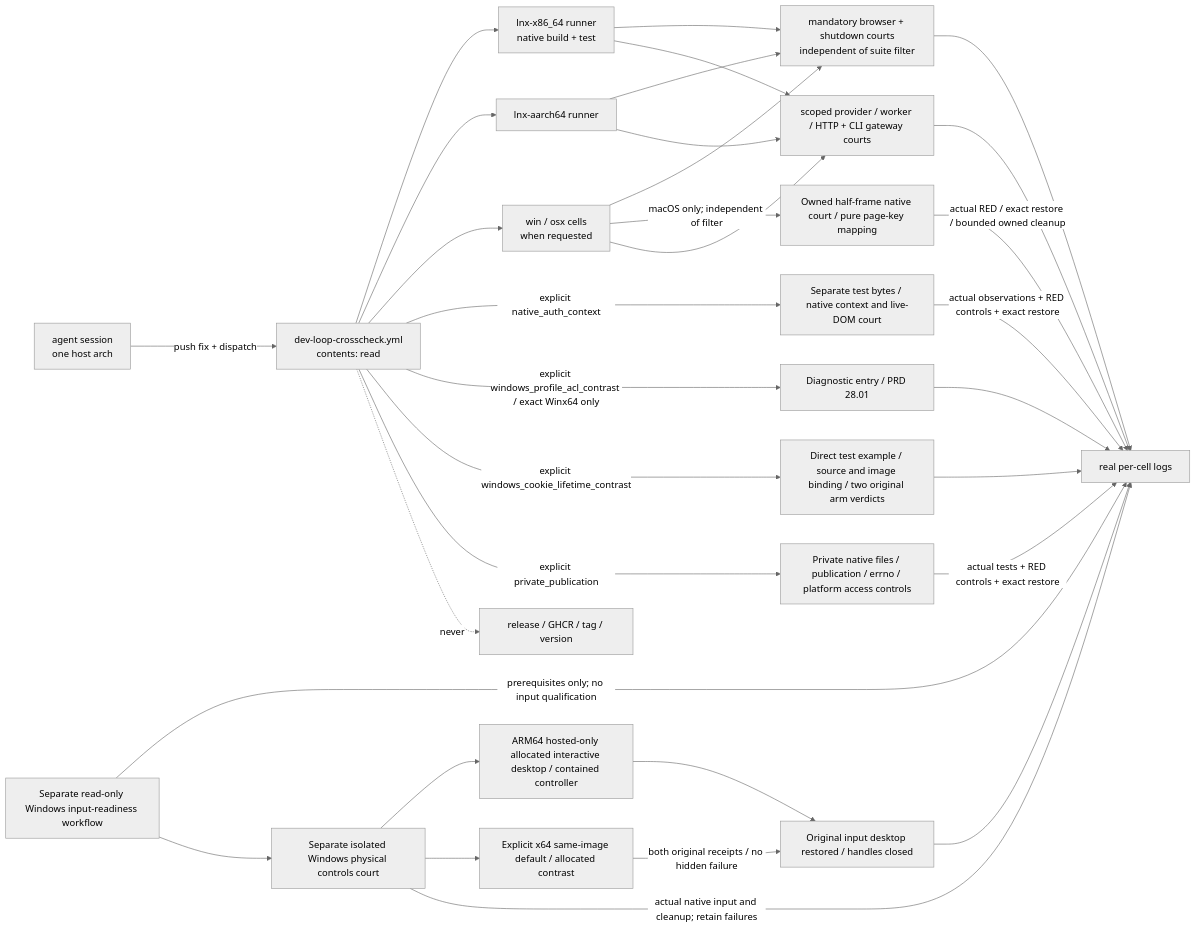
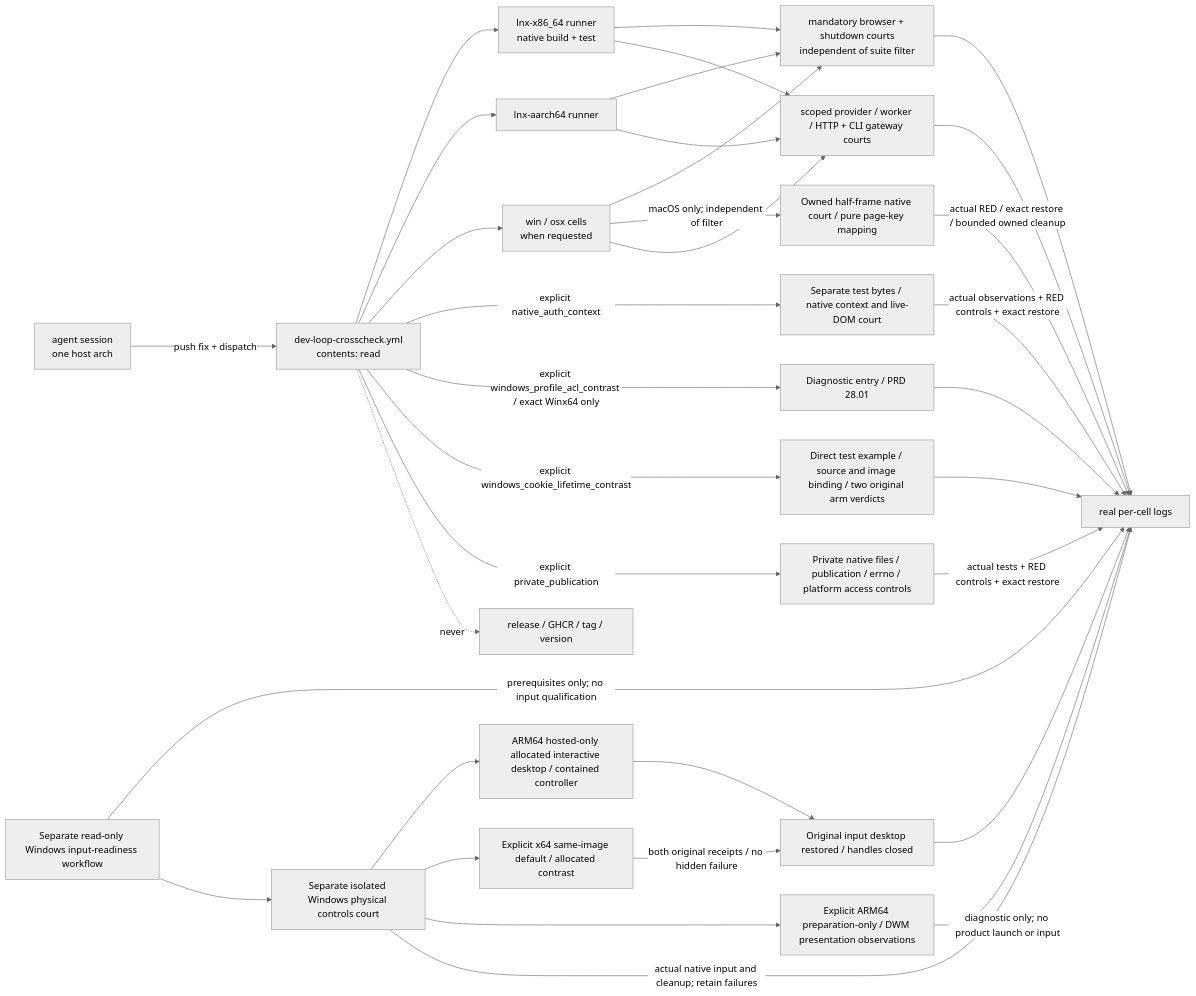
The first of 2 diagrams in prd/PRD_02_32_dev_loop_crosscheck.md (partnernetsoftware/minicon), drawn with Mermaid (neutral theme) before and after one commit. The commit also changed other lines of this file and 2 other files, not shown here.

Commit message:
Add isolated ARM64 preparation-only presentation diagnostics

````diff
--- a/prd/PRD_02_32_dev_loop_crosscheck.md
+++ b/prd/PRD_02_32_dev_loop_crosscheck.md
@@ -84,30 +85,32 @@
 ```mermaid
 flowchart LR
     A["agent session<br/>one host arch"] -->|push fix + dispatch| W["dev-loop-crosscheck.yml<br/>contents: read"]
     W --> C1["lnx-x86_64 runner<br/>native build + test"]
     W --> C2["lnx-aarch64 runner"]
     W --> C3["win / osx cells<br/>when requested"]
     C1 & C2 & C3 --> M["mandatory browser + shutdown courts<br/>independent of suite filter"]
     M --> L["real per-cell logs"]
     C3 -->|macOS only; independent of filter| HALF[Owned half-frame native court / pure page-key mapping]
     HALF -->|actual RED / exact restore / bounded owned cleanup| L
     C1 & C2 & C3 --> G["scoped provider / worker / HTTP + CLI gateway courts"]
     G --> L
     W -->|explicit native_auth_context| T[Separate test bytes / native context and live-DOM court]
     T -->|actual observations + RED controls + exact restore| L
     W -->|explicit windows_profile_acl_contrast / exact Winx64 only| ACL[Diagnostic entry / PRD 28.01]
     ACL --> L
     W -->|explicit windows_cookie_lifetime_contrast| LC[Direct test example / source and image binding / two original arm verdicts]
     LC --> L
     W -->|explicit private_publication| PP[Private native files / publication / errno / platform access controls]
     PP -->|actual tests + RED controls + exact restore| L
     INPUT[Separate read-only Windows input-readiness workflow] -->|prerequisites only; no input qualification| L
     INPUT --> NC[Separate isolated Windows physical controls court]
     NC --> ARM[ARM64 hosted-only allocated interactive desktop / contained controller]
     ARM --> RESTORE[Original input desktop restored / handles closed]
     NC --> CONTRAST[Explicit x64 same-image default / allocated contrast]
+    NC --> PREP[Explicit ARM64 preparation-only / DWM presentation observations]
+    PREP -->|diagnostic only; no product launch or input| L
     CONTRAST -->|both original receipts / no hidden failure| RESTORE
     RESTORE --> L
     NC -->|actual native input and cleanup; retain failures| L
     W -. never .-> R["release / GHCR / tag / version"]
 ```
````
